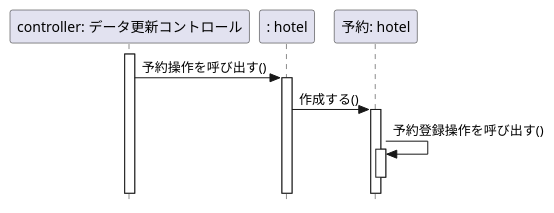
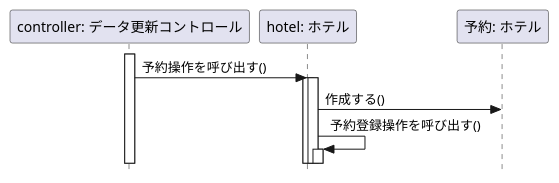
One commit to Takhshi/uml-introduction changed the diagram in 演習4-3_SD_データ更新コントローラとホテルと予約.pu. Above: the diagram before and after it, drawn with PlantUML.

Commit message:
演習4-3の新規作成

```diff
--- a/演習4-3_SD_データ更新コントローラとホテルと予約.pu
+++ b/演習4-3_SD_データ更新コントローラとホテルと予約.pu
@@ -1,18 +1,17 @@
 @startuml データ更新コントローラとホテルと予約
 hide footbox
 skinparam style strictuml
 participant "controller: データ更新コントロール" as controller
-participant ": hotel" as hotel
-participant "予約: hotel" as reserve
+participant "hotel: ホテル" as hotel
+participant "予約: ホテル" as reserve
 
 activate controller
     controller -> hotel: 予約操作を呼び出す()
     activate hotel
-        hotel -> reserve: 作成する()
-        activate reserve
-            reserve -> reserve: 予約登録操作を呼び出す()
-                activate reserve
-        deactivate reserve
+        activate hotel
+            hotel -> reserve: 作成する()
+            hotel -> hotel: 予約登録操作を呼び出す()
+                activate hotel
         
 
 @enduml
```
